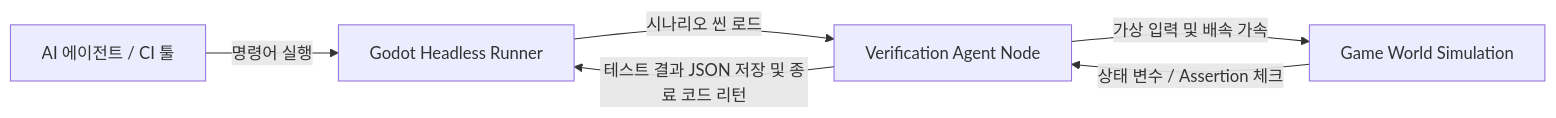
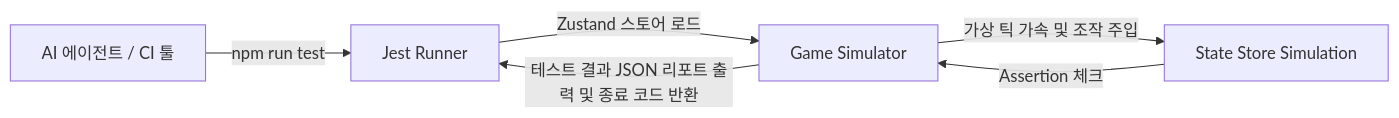
One commit to cowunclegit/defense_earth changed the third of 3 diagrams in spec.md. Above: the diagram before and after it, drawn with Mermaid. The commit also changed other lines of this file and 1 other file, not shown here.

Commit message:
refactor: change development stack to React Native (Expo) and update verification harness to Jest

````diff
--- a/spec.md
+++ b/spec.md
@@ -613,8 +614,8 @@
 ```mermaid
 graph LR
-    A[AI 에이전트 / CI 툴] -->|명령어 실행| B[Godot Headless Runner]
-    B -->|시나리오 씬 로드| C[Verification Agent Node]
-    C -->|가상 입력 및 배속 가속| D[Game World Simulation]
-    D -->|상태 변수 / Assertion 체크| C
-    C -->|테스트 결과 JSON 저장 및 종료 코드 리턴| B
+    A[AI 에이전트 / CI 툴] -->|npm run test| B[Jest Runner]
+    B -->|Zustand 스토어 로드| C[Game Simulator]
+    C -->|가상 틱 가속 및 조작 주입| D[State Store Simulation]
+    D -->|Assertion 체크| C
+    C -->|테스트 결과 JSON 리포트 출력 및 종료 코드 반환| B
 ```
````
